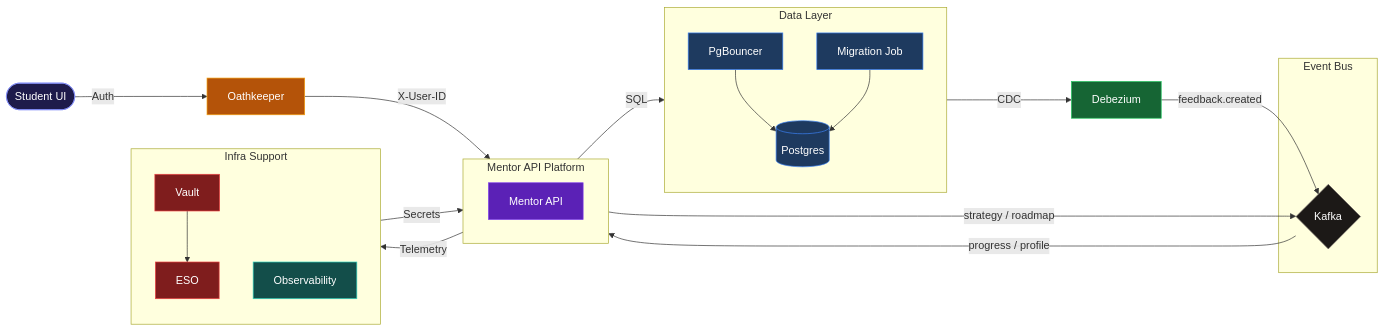
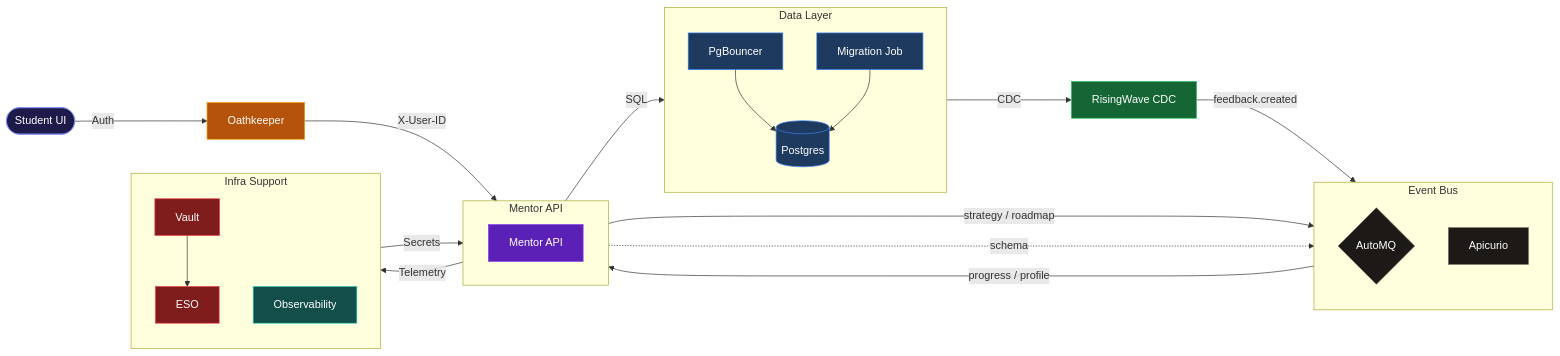
The diagram in README.md (MathTrail/mentor-api), drawn with Mermaid before and after one commit. The commit also changed other lines of this file and 86 other files, not shown here.

````diff
--- a/README.md
+++ b/README.md
@@ -39,51 +39,54 @@
 ```mermaid
 graph LR
     User([Student UI]) -- "Auth" --> OK[Oathkeeper]
     
-    subgraph MentorService [Mentor API Platform]
+    subgraph MentorService [Mentor API]
         direction LR
         App["Mentor API"]
     end
 
     OK -- "X-User-ID" --> App
 
     subgraph Storage [Data Layer]
         direction TB
         PGB["PgBouncer"] --> PG[("Postgres")]
         Mig["Migration Job"] --> PG
     end
 
     App -- "SQL" --> PGB
-    PG -- "CDC" --> Deb[Debezium]
-    
+    PG -- "CDC" --> RW[RisingWave CDC]
+
     subgraph Bus [Event Bus]
-        Kfk{Kafka}
+        direction TB
+        AMQ{AutoMQ}
+        Apr["Apicurio"]
     end
 
-    Deb -- "feedback.created" --> Kfk
-    Kfk -- "progress / profile" --> App
-    App -- "strategy / roadmap" --> Kfk
+    RW -- "feedback.created" --> AMQ
+    AMQ -- "progress / profile" --> App
+    App -- "strategy / roadmap" --> AMQ
+    App -. "schema" .-> Apr
 
     subgraph Support [Infra Support]
         direction TB
         Vault["Vault"] --> ESO["ESO"]
         Obs["Observability"]
     end
 
     ESO -- "Secrets" --> App
     App -- "Telemetry" --> Obs
 
     %% Styling
     classDef svc fill:#5b21b6,stroke:#7c3aed,color:#fff
     classDef authCls fill:#b45309,stroke:#f59e0b,color:#fff
     classDef dataCls fill:#1e3a5f,stroke:#3b82f6,color:#fff
     classDef cdcCls fill:#166534,stroke:#22c55e,color:#fff
     classDef eventCls fill:#1c1917,stroke:#78716c,color:#fff
     classDef secretCls fill:#7f1d1d,stroke:#ef4444,color:#fff
     classDef obsCls fill:#134e4a,stroke:#2dd4bf,color:#fff
     classDef actorCls fill:#1e1b4b,stroke:#818cf8,color:#fff
 
     class App svc; class OK authCls;
-    class PGB,PG,Mig dataCls; class Deb cdcCls; class Kfk eventCls;
+    class PGB,PG,Mig dataCls; class RW cdcCls; class AMQ,Apr eventCls;
     class Vault,ESO secretCls; class Obs obsCls; class User actorCls;
 ```
````
